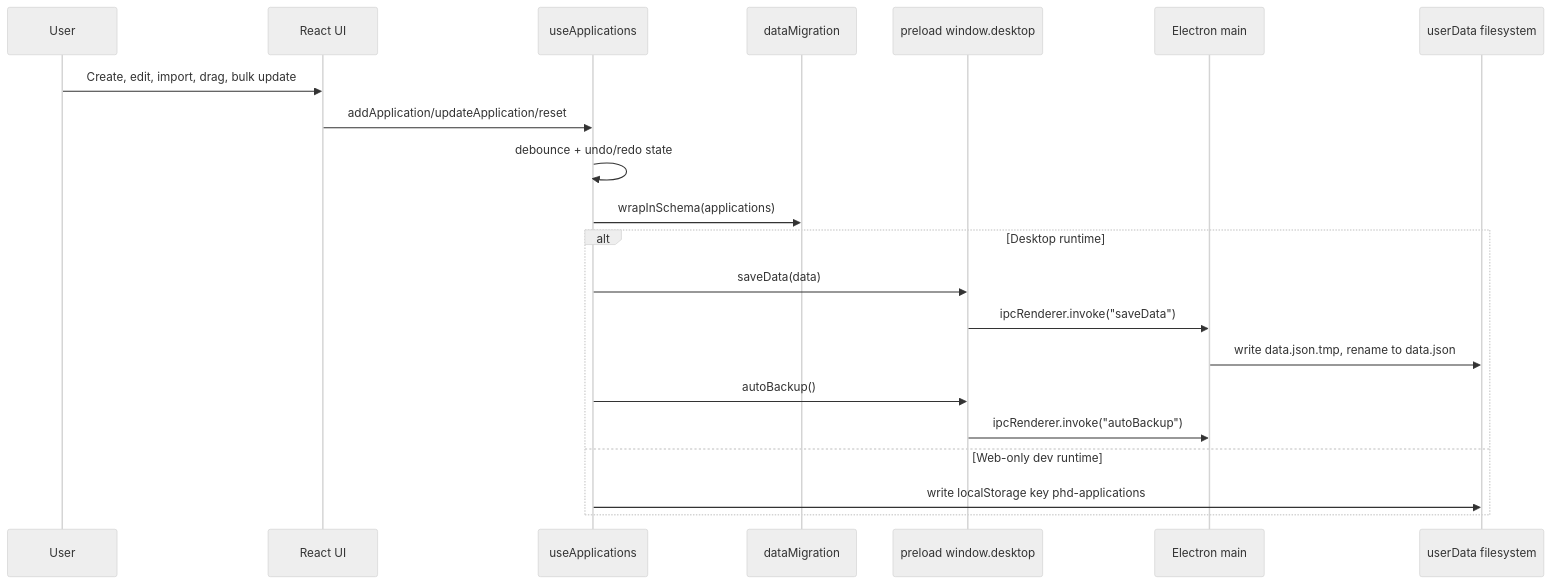
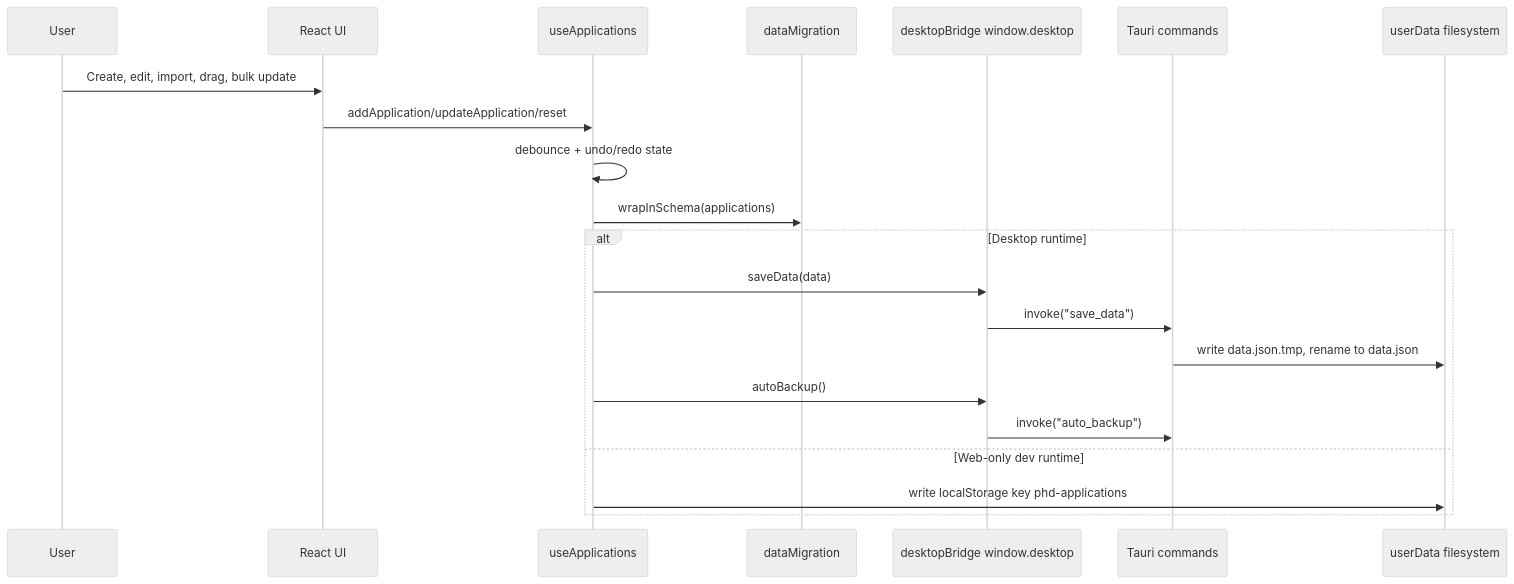
The second of 3 diagrams in README.md (bharathvbcr/AcademiaTrack), drawn with Mermaid (neutral theme) before and after one commit. The commit also changed other lines of this file and 31 other files, not shown here.

````diff
--- a/README.md
+++ b/README.md
@@ -87,24 +87,24 @@
 ```mermaid
 sequenceDiagram
   participant U as User
   participant R as React UI
   participant H as useApplications
   participant M as dataMigration
-  participant P as preload window.desktop
-  participant E as Electron main
+  participant P as desktopBridge window.desktop
+  participant E as Tauri commands
   participant F as userData filesystem
 
   U->>R: Create, edit, import, drag, bulk update
   R->>H: addApplication/updateApplication/reset
   H->>H: debounce + undo/redo state
   H->>M: wrapInSchema(applications)
   alt Desktop runtime
     H->>P: saveData(data)
-    P->>E: ipcRenderer.invoke("saveData")
+    P->>E: invoke("save_data")
     E->>F: write data.json.tmp, rename to data.json
     H->>P: autoBackup()
-    P->>E: ipcRenderer.invoke("autoBackup")
+    P->>E: invoke("auto_backup")
   else Web-only dev runtime
     H->>F: write localStorage key phd-applications
   end
 ```
````
